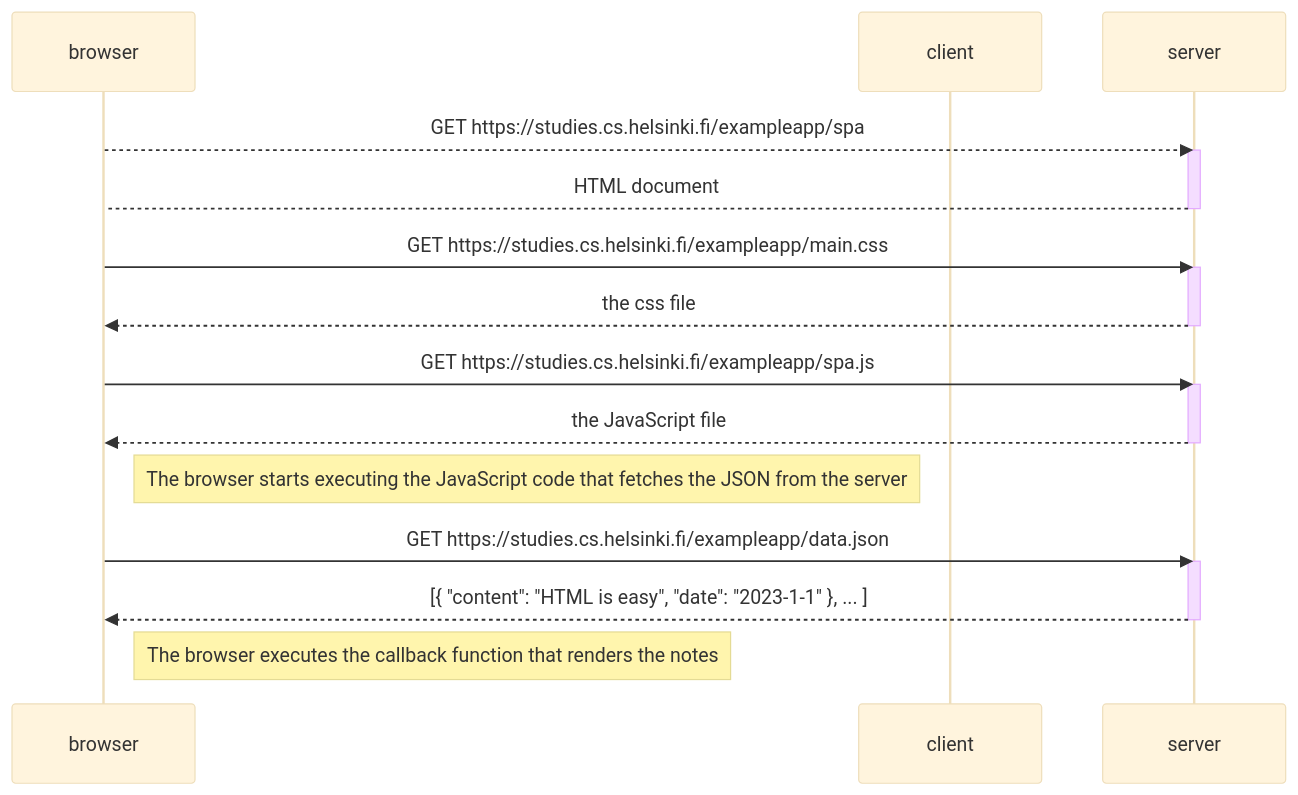
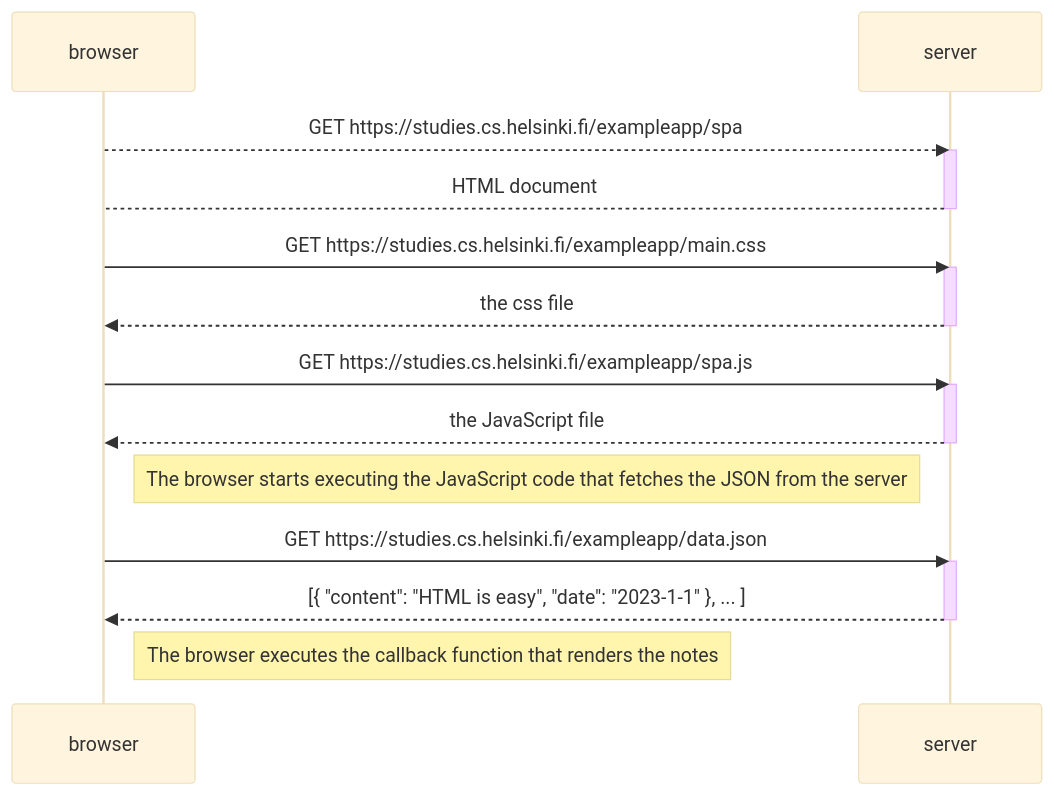
One commit to noman-s/Full-Stack-Open changed the diagram in part0/exercise0-5-open-spa-app-diagram.md. Above: the diagram before and after it, drawn with Mermaid (base theme).

Commit message:
remove wrong participant

````diff
--- a/part0/exercise0-5-open-spa-app-diagram.md
+++ b/part0/exercise0-5-open-spa-app-diagram.md
@@ -31,29 +31,29 @@
 ```mermaid
 sequenceDiagram
     participant browser
-    participant client
+    participant server
 
     browser-->>server: GET https://studies.cs.helsinki.fi/exampleapp/spa
     activate server
     server-->browser: HTML document
     deactivate server
 
     browser->>server: GET https://studies.cs.helsinki.fi/exampleapp/main.css
     activate server
     server-->>browser: the css file
     deactivate server
 
     browser->>server: GET https://studies.cs.helsinki.fi/exampleapp/spa.js
     activate server
     server-->>browser: the JavaScript file
     deactivate server
 
     Note right of browser: The browser starts executing the JavaScript code that fetches the JSON from the server
 
     browser->>server: GET https://studies.cs.helsinki.fi/exampleapp/data.json
     activate server
     server-->>browser: [{ "content": "HTML is easy", "date": "2023-1-1" }, ... ]
     deactivate server
 
     Note right of browser: The browser executes the callback function that renders the notes
 ```
````
